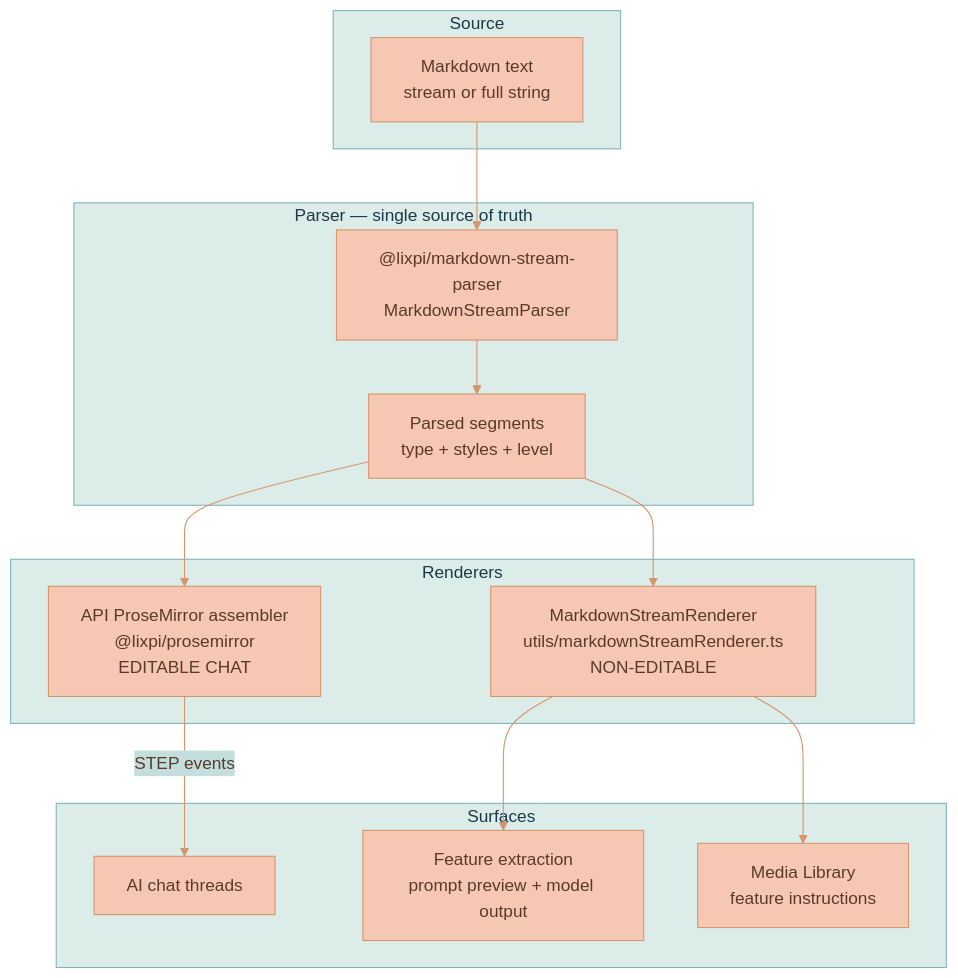
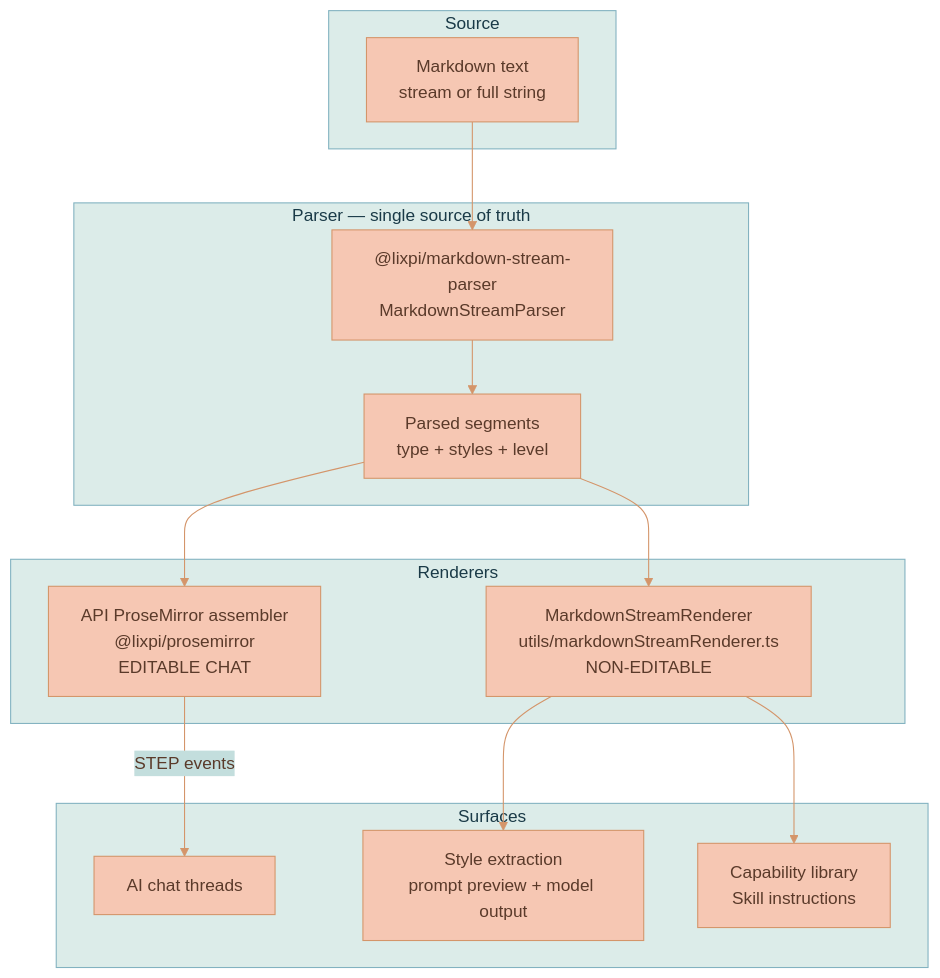
One commit to Lixpi/lixpi changed the diagram in documentation/conventions/MARKDOWN-RENDERING.md. Above: the diagram before and after it, drawn with Mermaid. The commit also changed other lines of this file and 380 other files, not shown here.

````diff
--- a/documentation/conventions/MARKDOWN-RENDERING.md
+++ b/documentation/conventions/MARKDOWN-RENDERING.md
@@ -23,31 +23,31 @@
 ```mermaid
 %%{init: {'theme': 'base', 'themeVariables': { 'primaryColor': '#F6C7B3', 'primaryTextColor': '#5a3a2a', 'primaryBorderColor': '#d4956a', 'secondaryColor': '#C3DEDD', 'secondaryTextColor': '#1a3a47', 'secondaryBorderColor': '#4a8a9d', 'tertiaryColor': '#DCECE9', 'tertiaryTextColor': '#1a3a47', 'tertiaryBorderColor': '#82B2C0', 'lineColor': '#d4956a', 'textColor': '#5a3a2a'}}}%%
 graph TB
     subgraph "Source"
         MD[Markdown text<br/>stream or full string]
     end
 
     subgraph "Parser — single source of truth"
         Parser["@lixpi/markdown-stream-parser<br/>MarkdownStreamParser"]
         Seg[Parsed segments<br/>type + styles + level]
     end
 
     subgraph "Renderers"
         PM[API ProseMirror assembler<br/>@lixpi/prosemirror<br/>EDITABLE CHAT]
         Unified[MarkdownStreamRenderer<br/>utils/markdownStreamRenderer.ts<br/>NON-EDITABLE]
     end
 
     subgraph "Surfaces"
         Chat[AI chat threads]
-        Ext[Feature extraction<br/>prompt preview + model output]
-        Lib[Media Library<br/>feature instructions]
+        Ext[Style extraction<br/>prompt preview + model output]
+        Lib[Capability library<br/>Skill instructions]
     end
 
     MD --> Parser
     Parser --> Seg
     Seg --> PM
     Seg --> Unified
     PM -->|STEP events| Chat
     Unified --> Ext
     Unified --> Lib
 ```
````
